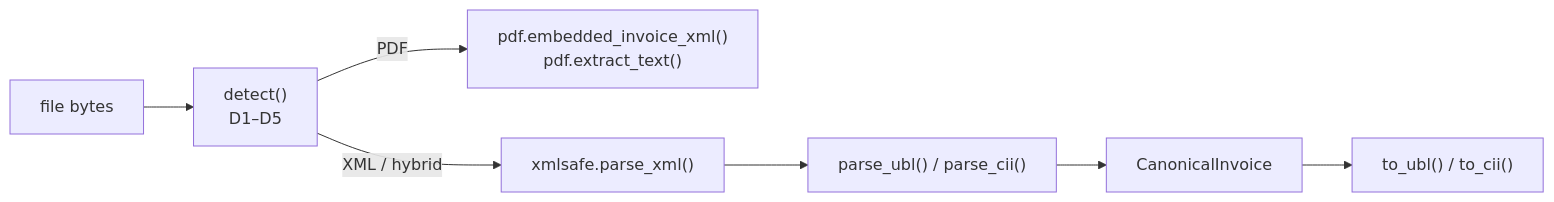
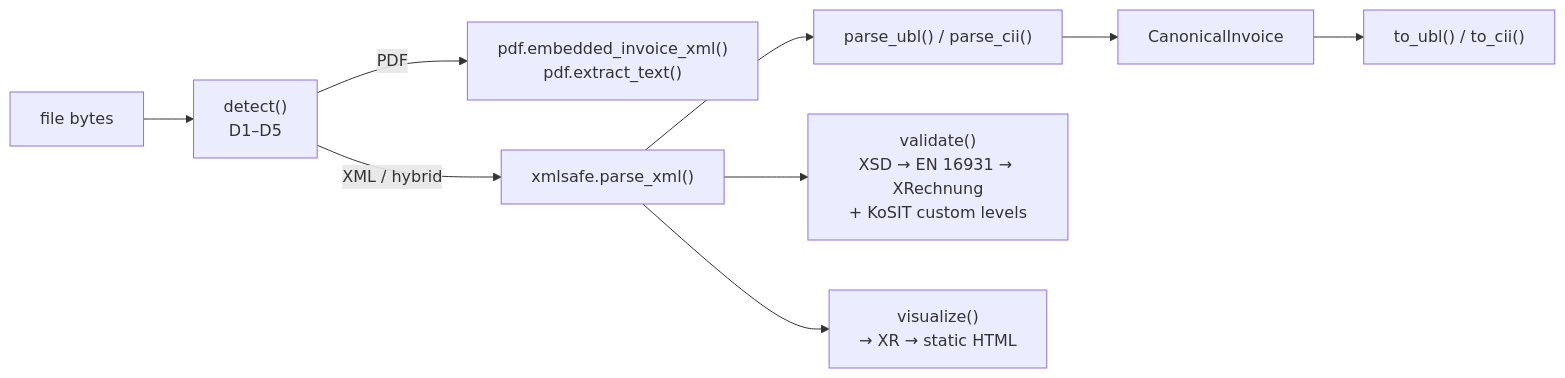
The second of 2 diagrams in docs/ARCHITECTURE.md (alihdrndm/vue-auth-project), drawn with Mermaid before and after one commit. The commit also changed other lines of this file and 1 other file, not shown here.

````diff
--- a/docs/ARCHITECTURE.md
+++ b/docs/ARCHITECTURE.md
@@ -60,9 +66,11 @@
 ```mermaid
 flowchart LR
     bytes[file bytes] --> detect["detect()<br/>D1–D5"]
     detect -->|PDF| pdf["pdf.embedded_invoice_xml()<br/>pdf.extract_text()"]
     detect -->|XML / hybrid| xml["xmlsafe.parse_xml()"]
     xml --> parse["parse_ubl() / parse_cii()"]
     parse --> model[CanonicalInvoice]
     model --> write["to_ubl() / to_cii()"]
+    xml --> validate["validate()<br/>XSD → EN 16931 → XRechnung<br/>+ KoSIT custom levels"]
+    xml --> visualize["visualize()<br/>→ XR → static HTML"]
 ```
````
